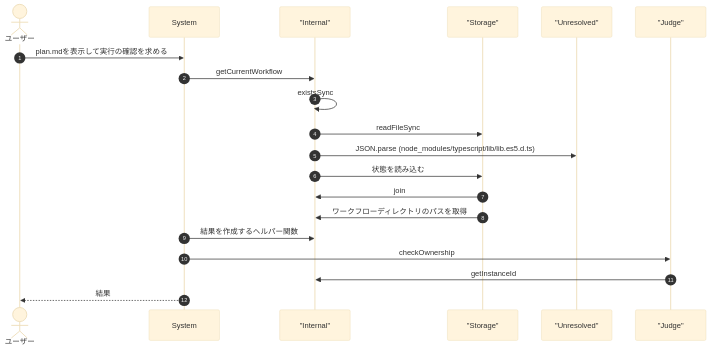
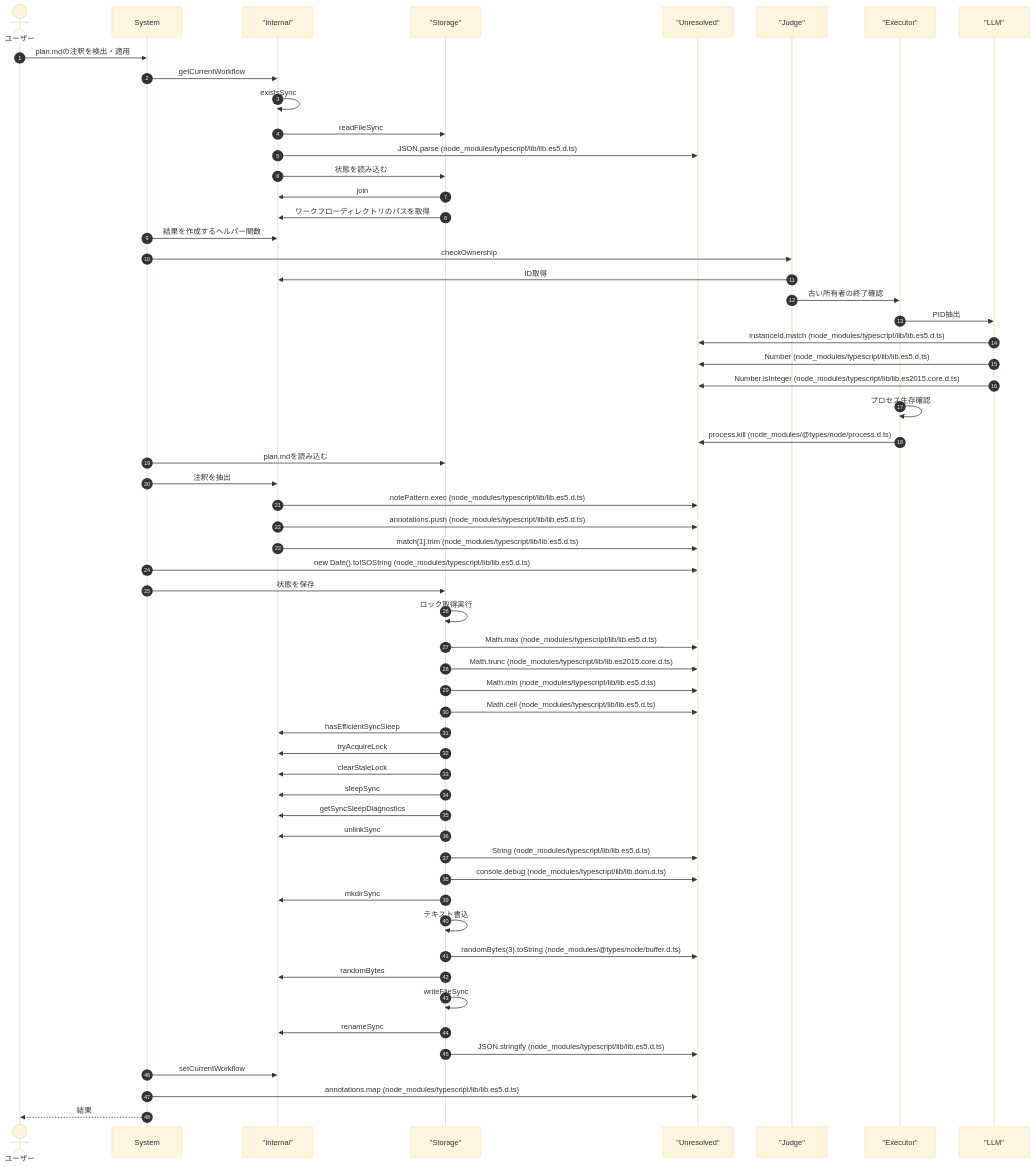
Before and after one commit to Mekann2904/mekann: the sixth of 20 diagrams in ABDD/.pi/extensions/ul-workflow.md, drawn with Mermaid (base theme). The commit also changed other lines of this file and 189 other files, not shown here.

````diff
--- a/ABDD/.pi/extensions/ul-workflow.md
+++ b/ABDD/.pi/extensions/ul-workflow.md
@@ -315,24 +365,62 @@
 ```mermaid
 sequenceDiagram
   autonumber
   actor User as ユーザー
   participant System as System
   participant Internal as "Internal"
   participant Storage as "Storage"
   participant Unresolved as "Unresolved"
   participant Judge as "Judge"
+  participant Executor as "Executor"
+  participant LLM as "LLM"
 
-  User->>System: plan.mdを表示して実行の確認を求める
+  User->>System: plan.mdの注釈を検出・適用
   System->>Internal: getCurrentWorkflow
   Internal->>Internal: existsSync
   Internal->>Storage: readFileSync
   Internal->>Unresolved: JSON.parse (node_modules/typescript/lib/lib.es5.d.ts)
   Internal->>Storage: 状態を読み込む
   Storage->>Internal: join
   Storage->>Internal: ワークフローディレクトリのパスを取得
   System->>Internal: 結果を作成するヘルパー関数
   System->>Judge: checkOwnership
-  Judge->>Internal: getInstanceId
+  Judge->>Internal: ID取得
+  Judge->>Executor: 古い所有者の終了確認
+  Executor->>LLM: PID抽出
+  LLM->>Unresolved: instanceId.match (node_modules/typescript/lib/lib.es5.d.ts)
+  LLM->>Unresolved: Number (node_modules/typescript/lib/lib.es5.d.ts)
+  LLM->>Unresolved: Number.isInteger (node_modules/typescript/lib/lib.es2015.core.d.ts)
+  Executor->>Executor: プロセス生存確認
+  Executor->>Unresolved: process.kill (node_modules/@types/node/process.d.ts)
+  System->>Storage: plan.mdを読み込む
+  System->>Internal: 注釈を抽出
+  Internal->>Unresolved: notePattern.exec (node_modules/typescript/lib/lib.es5.d.ts)
+  Internal->>Unresolved: annotations.push (node_modules/typescript/lib/lib.es5.d.ts)
+  Internal->>Unresolved: match[1].trim (node_modules/typescript/lib/lib.es5.d.ts)
+  System->>Unresolved: new Date().toISOString (node_modules/typescript/lib/lib.es5.d.ts)
+  System->>Storage: 状態を保存
+  Storage->>Storage: ロック取得実行
+  Storage->>Unresolved: Math.max (node_modules/typescript/lib/lib.es5.d.ts)
+  Storage->>Unresolved: Math.trunc (node_modules/typescript/lib/lib.es2015.core.d.ts)
+  Storage->>Unresolved: Math.min (node_modules/typescript/lib/lib.es5.d.ts)
+  Storage->>Unresolved: Math.ceil (node_modules/typescript/lib/lib.es5.d.ts)
+  Storage->>Internal: hasEfficientSyncSleep
+  Storage->>Internal: tryAcquireLock
+  Storage->>Internal: clearStaleLock
+  Storage->>Internal: sleepSync
+  Storage->>Internal: getSyncSleepDiagnostics
+  Storage->>Internal: unlinkSync
+  Storage->>Unresolved: String (node_modules/typescript/lib/lib.es5.d.ts)
+  Storage->>Unresolved: console.debug (node_modules/typescript/lib/lib.dom.d.ts)
+  Storage->>Internal: mkdirSync
+  Storage->>Storage: テキスト書込
+  Storage->>Unresolved: randomBytes(3).toString (node_modules/@types/node/buffer.d.ts)
+  Storage->>Internal: randomBytes
+  Storage->>Storage: writeFileSync
+  Storage->>Internal: renameSync
+  Storage->>Unresolved: JSON.stringify (node_modules/typescript/lib/lib.es5.d.ts)
+  System->>Internal: setCurrentWorkflow
+  System->>Unresolved: annotations.map (node_modules/typescript/lib/lib.es5.d.ts)
   System-->>User: 結果
 
 ```
````
